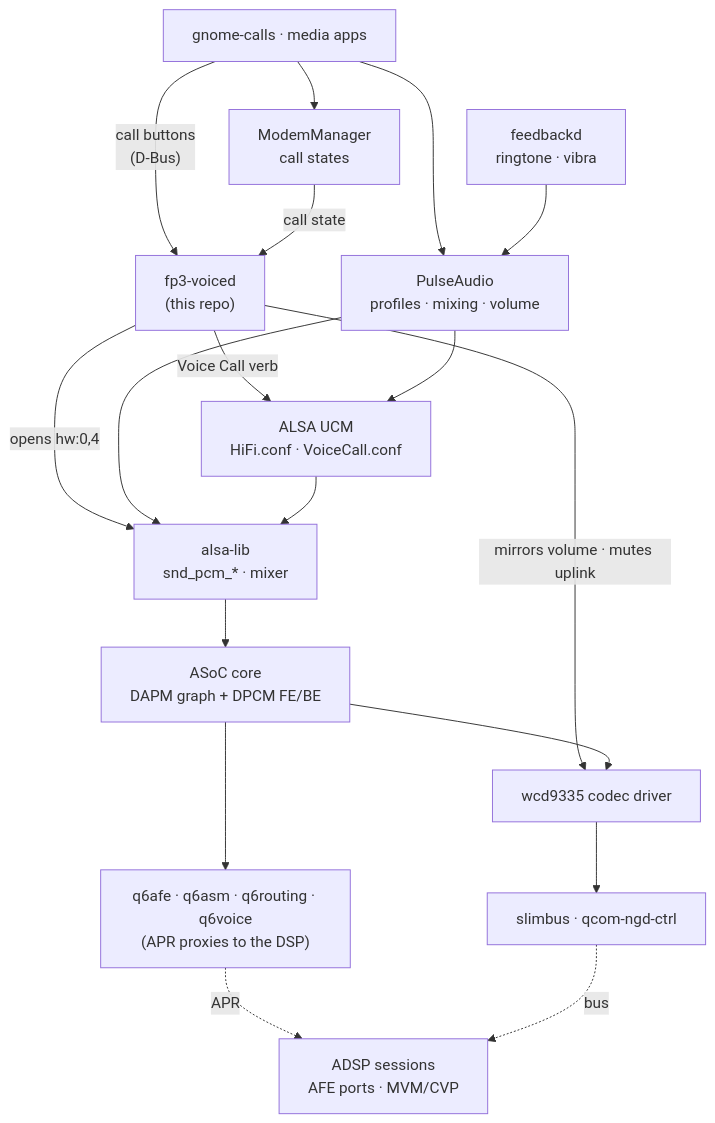
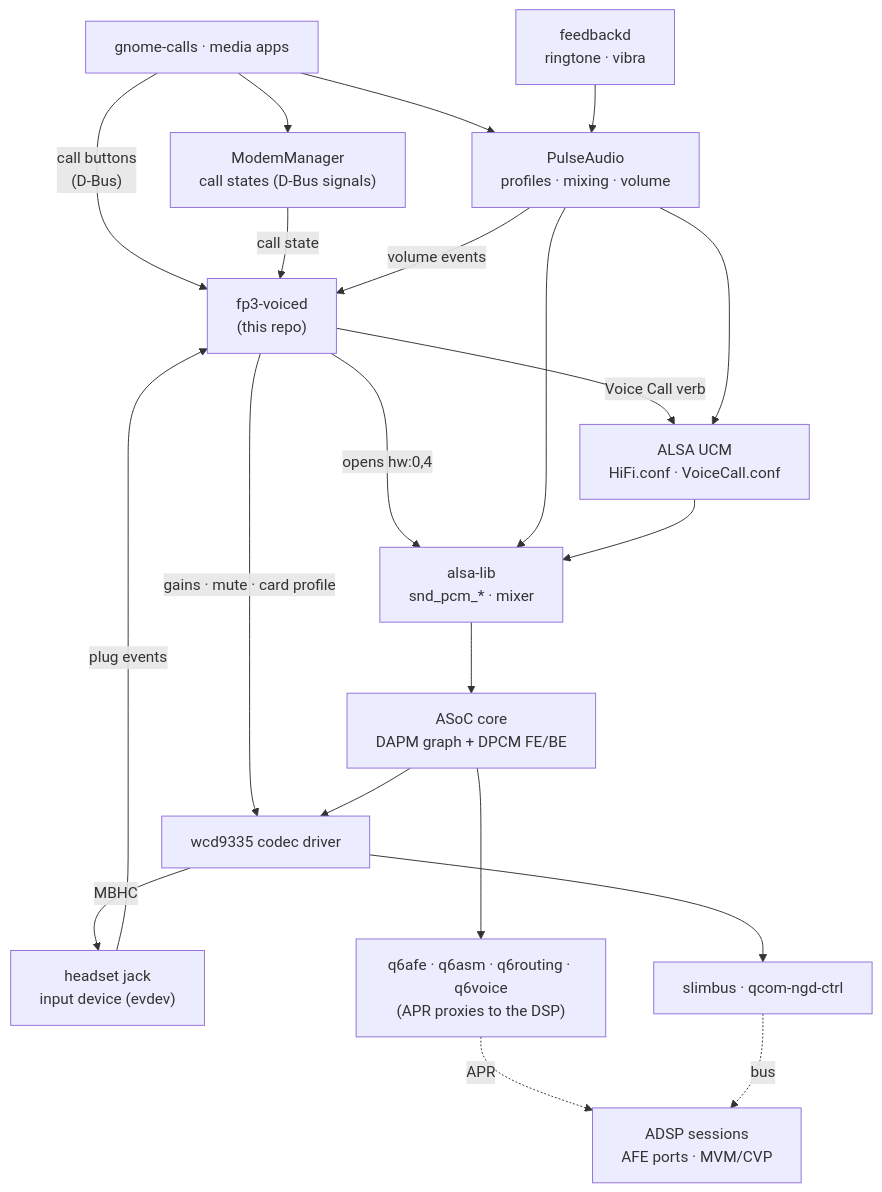
One commit to llg179/fp3-pmaports changed the second of 3 diagrams in README.md. Above: the diagram before and after it, drawn with Mermaid. The commit also changed other lines of this file and 1 other file, not shown here.

````diff
--- a/README.md
+++ b/README.md
@@ -392,33 +392,37 @@
 ```mermaid
 flowchart TD
     APP["gnome-calls · media apps"]
-    MM["ModemManager<br/>call states"]
+    MM["ModemManager<br/>call states (D-Bus signals)"]
     FBD["feedbackd<br/>ringtone · vibra"]
     VD["fp3-voiced<br/>(this repo)"]
     PA["PulseAudio<br/>profiles · mixing · volume"]
+    JACK["headset jack<br/>input device (evdev)"]
     UCM["ALSA UCM<br/>HiFi.conf · VoiceCall.conf"]
     LIB["alsa-lib<br/>snd_pcm_* · mixer"]
     ASOC["ASoC core<br/>DAPM graph + DPCM FE/BE"]
     CODEC["wcd9335 codec driver"]
     Q6["q6afe · q6asm · q6routing · q6voice<br/>(APR proxies to the DSP)"]
     SLIM["slimbus · qcom-ngd-ctrl"]
     DSP["ADSP sessions<br/>AFE ports · MVM/CVP"]
 
     APP -- "call buttons<br/>(D-Bus)" --> VD
     APP --> MM
     APP --> PA
     MM -- "call state" --> VD
+    JACK -- "plug events" --> VD
+    PA -- "volume events" --> VD
     FBD --> PA
     VD -- "Voice Call verb" --> UCM
     VD -- "opens hw:0,4" --> LIB
-    VD -- "mirrors volume · mutes uplink" --> CODEC
+    VD -- "gains · mute · card profile" --> CODEC
     PA --> UCM
     PA --> LIB
     UCM --> LIB
     LIB --> ASOC
     ASOC --> CODEC
     ASOC --> Q6
     CODEC --> SLIM
+    CODEC -- "MBHC" --> JACK
     Q6 -. "APR" .-> DSP
     SLIM -. "bus" .-> DSP
 ```
````
